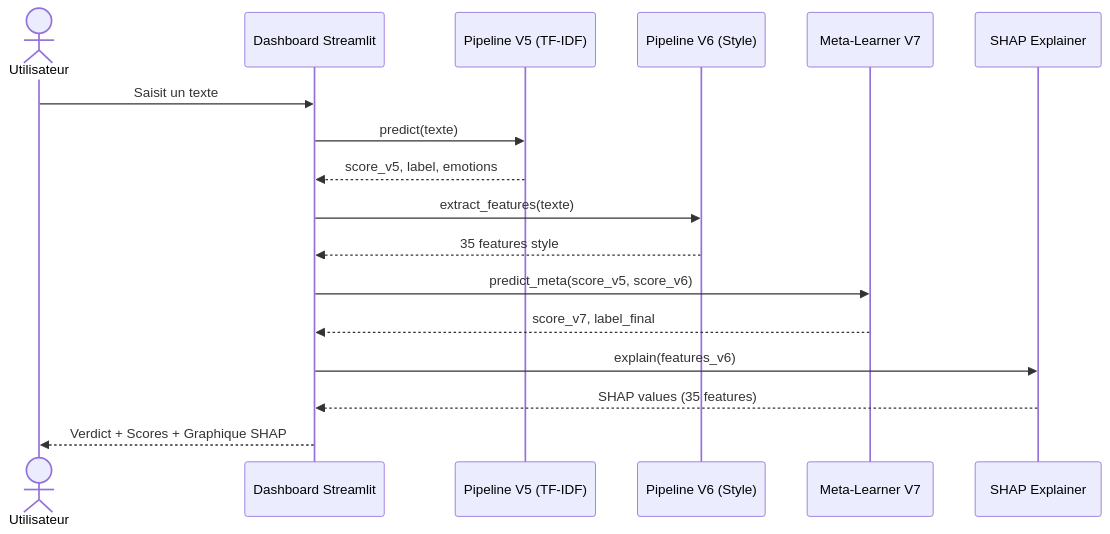
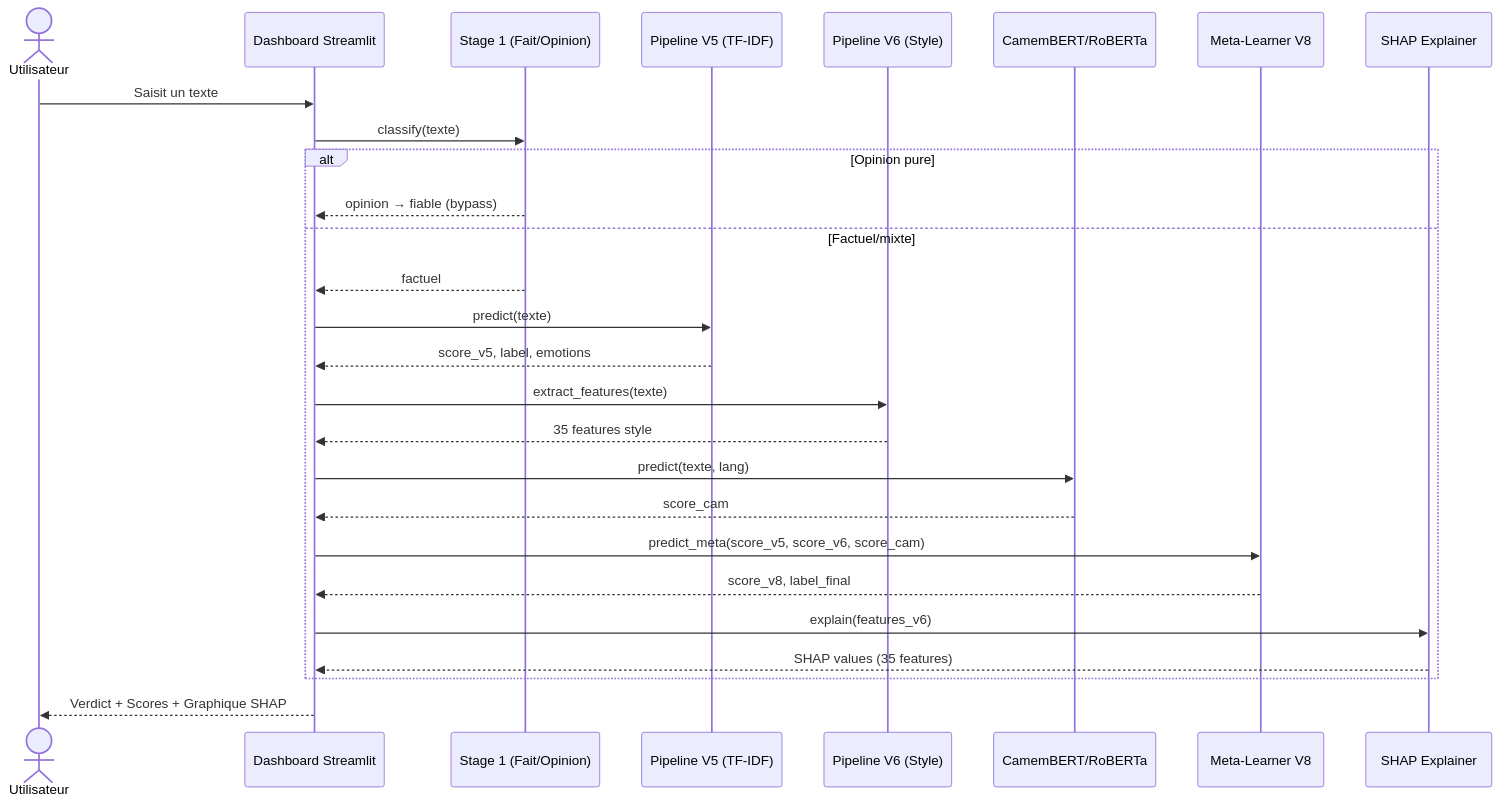
Before and after one commit to azelbanks/projet_etude: the second of 3 diagrams in docs/rapport_projet_thumalien.md, drawn with Mermaid. The commit also changed other lines of this file and 2 other files, not shown here.

````diff
--- a/docs/rapport_projet_thumalien.md
+++ b/docs/rapport_projet_thumalien.md
@@ -129,20 +172,30 @@
 ```mermaid
 sequenceDiagram
     actor U as Utilisateur
     participant D as Dashboard Streamlit
+    participant S1 as Stage 1 (Fait/Opinion)
     participant V5 as Pipeline V5 (TF-IDF)
     participant V6 as Pipeline V6 (Style)
-    participant V7 as Meta-Learner V7
+    participant CAM as CamemBERT/RoBERTa
+    participant V8 as Meta-Learner V8
     participant S as SHAP Explainer
 
     U->>D: Saisit un texte
-    D->>V5: predict(texte)
-    V5-->>D: score_v5, label, emotions
-    D->>V6: extract_features(texte)
-    V6-->>D: 35 features style
-    D->>V7: predict_meta(score_v5, score_v6)
-    V7-->>D: score_v7, label_final
-    D->>S: explain(features_v6)
-    S-->>D: SHAP values (35 features)
+    D->>S1: classify(texte)
+    alt Opinion pure
+        S1-->>D: opinion → fiable (bypass)
+    else Factuel/mixte
+        S1-->>D: factuel
+        D->>V5: predict(texte)
+        V5-->>D: score_v5, label, emotions
+        D->>V6: extract_features(texte)
+        V6-->>D: 35 features style
+        D->>CAM: predict(texte, lang)
+        CAM-->>D: score_cam
+        D->>V8: predict_meta(score_v5, score_v6, score_cam)
+        V8-->>D: score_v8, label_final
+        D->>S: explain(features_v6)
+        S-->>D: SHAP values (35 features)
+    end
     D-->>U: Verdict + Scores + Graphique SHAP
 ```
````
